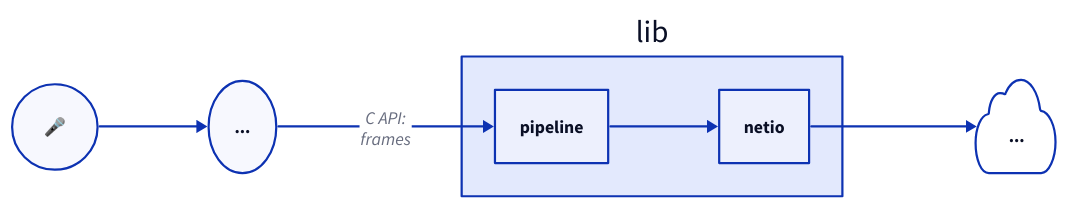
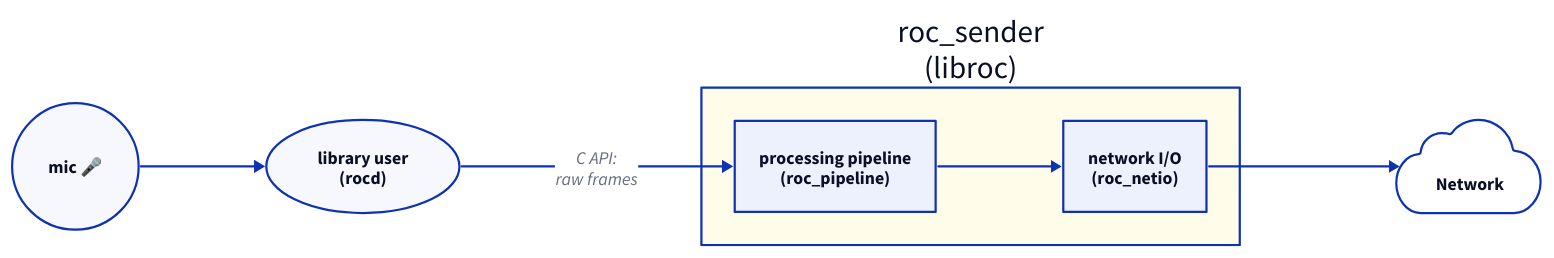
The diagram in docs/assets/dia/roc-toolkit-apis-2.d2 (roc-streaming/rocd), drawn with D2 before and after one commit. The commit also changed 27 other files, not shown here.

```diff
--- a/docs/assets/dia/roc-toolkit-apis-2.d2
+++ b/docs/assets/dia/roc-toolkit-apis-2.d2
@@ -1,19 +1,29 @@
+vars: {
+  d2-config: {
+    theme-overrides: {
+      B4: "#fffce9"
+    }
+  }
+}
+
 direction: right
 
-frame_preparator: "..."
+frame_preparator: "library user\n(rocd)"
 frame_preparator.shape: oval
 
-internet: "..."
+internet: Network
 internet.shape: cloud
 
-mic: 🎤
-mic.shape: circle
-
+mic: mic 🎤 {
+  shape: circle
+}
 mic -> frame_preparator
 
-lib {
+libroc: roc_sender\n(libroc) {
+  pipeline: processing pipeline\n(roc_pipeline)
+  netio: network I/O\n(roc_netio)
   pipeline -> netio
 }
 
-frame_preparator -> lib.pipeline: C API:\nframes
-lib.netio -> internet
+frame_preparator -> libroc.pipeline: C API:\nraw frames
+libroc.netio -> internet
```
